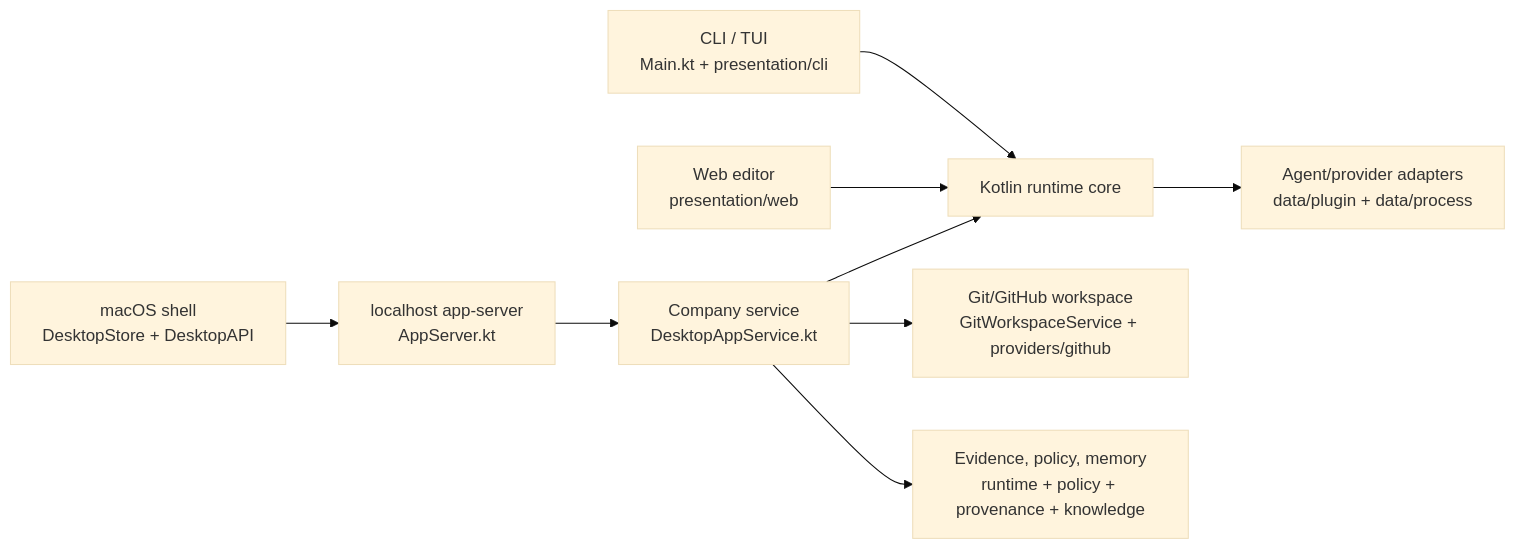
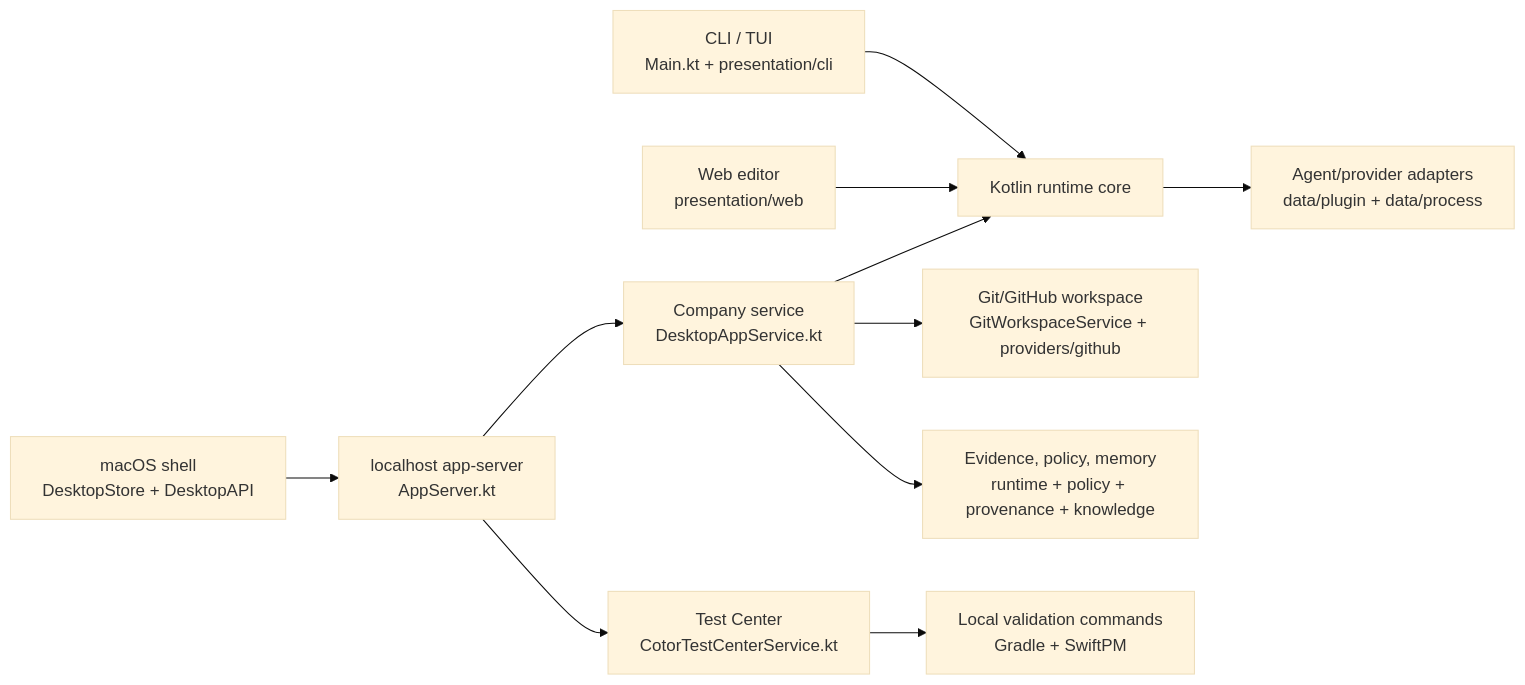
One commit to bssm-oss/cotor changed the first of 4 diagrams in docs/ARCHITECTURE.ko.md. Above: the diagram before and after it, drawn with Mermaid (base theme). The commit also changed other lines of this file and 51 other files, not shown here.

````diff
--- a/docs/ARCHITECTURE.ko.md
+++ b/docs/ARCHITECTURE.ko.md
@@ -15,11 +15,13 @@
 ```mermaid
 flowchart LR
     CLI["CLI / TUI<br/>Main.kt + presentation/cli"] --> Core["Kotlin runtime core"]
     Web["Web editor<br/>presentation/web"] --> Core
     Mac["macOS shell<br/>DesktopStore + DesktopAPI"] --> AppServer["localhost app-server<br/>AppServer.kt"]
     AppServer --> Service["Company service<br/>DesktopAppService.kt"]
+    AppServer --> TestCenter["Test Center<br/>CotorTestCenterService.kt"]
     Service --> Core
+    TestCenter --> Checks["Local validation commands<br/>Gradle + SwiftPM"]
     Core --> Agents["Agent/provider adapters<br/>data/plugin + data/process"]
     Service --> Git["Git/GitHub workspace<br/>GitWorkspaceService + providers/github"]
     Service --> Evidence["Evidence, policy, memory<br/>runtime + policy + provenance + knowledge"]
 ```
````
